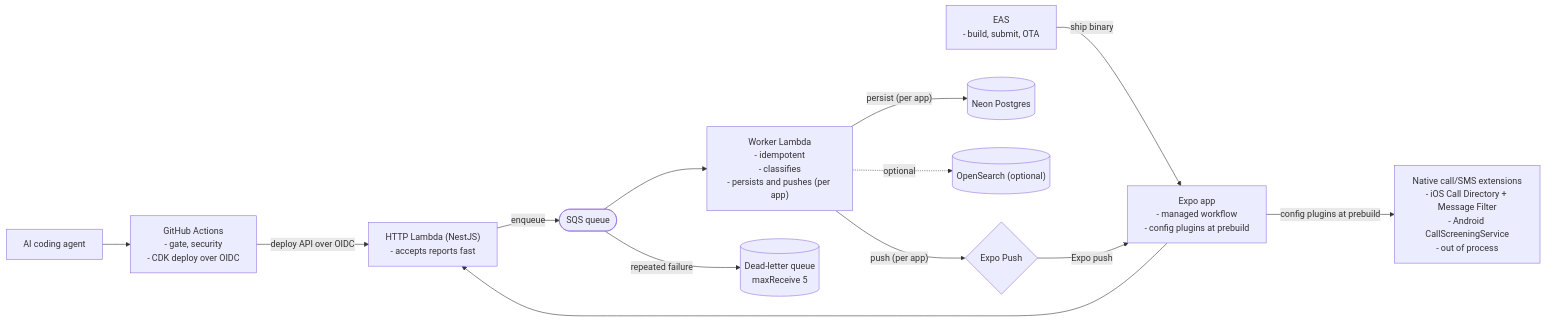
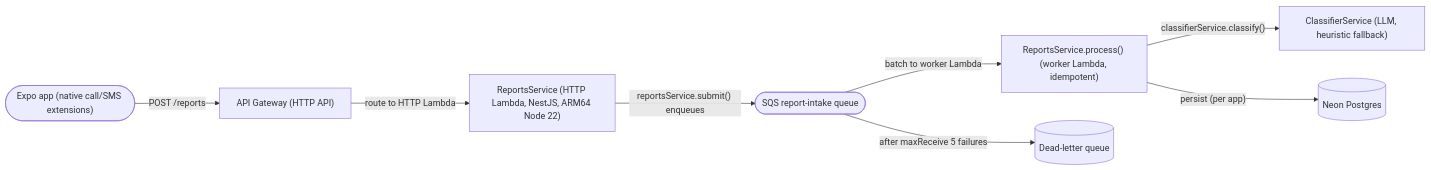
One commit to elleskay/mobile-platform changed the fifth of 5 diagrams in README.md. Above: the diagram before and after it, drawn with Mermaid. The commit also changed other lines of this file and 66 other files, not shown here.

````diff
--- a/README.md
+++ b/README.md
@@ -281,27 +282,10 @@
 ```mermaid
 flowchart LR
-  Agent["AI coding agent"]
-  GH["GitHub Actions<br/>- gate, security<br/>- CDK deploy over OIDC"]
-  EAS["EAS<br/>- build, submit, OTA"]
-  App["Expo app<br/>- managed workflow<br/>- config plugins at prebuild"]
-  Native["Native call/SMS extensions<br/>- iOS Call Directory + Message Filter<br/>- Android CallScreeningService<br/>- out of process"]
-  HTTP["HTTP Lambda (NestJS)<br/>- accepts reports fast"]
-  Worker["Worker Lambda<br/>- idempotent<br/>- classifies<br/>- persists and pushes (per app)"]
-  SQS(["SQS queue"])
-  DLQ[("Dead-letter queue<br/>maxReceive 5")]
-  Neon[("Neon Postgres")]
-  OS[("OpenSearch (optional)")]
-  Push{"Expo Push"}
-  Agent --> GH
-  GH -->|"deploy API over OIDC"| HTTP
-  EAS -->|"ship binary"| App
-  App -->|"config plugins at prebuild"| Native
-  App --> HTTP
-  HTTP -->|enqueue| SQS
-  SQS --> Worker
-  SQS -->|"repeated failure"| DLQ
-  Worker -->|"persist (per app)"| Neon
-  Worker -.optional.-> OS
-  Worker -->|"push (per app)"| Push
-  Push -->|"Expo push"| App
+  App(["Expo app (native call/SMS extensions)"]) -->|"POST /reports"| APIGW["API Gateway (HTTP API)"]
+  APIGW -->|"route to HTTP Lambda"| Reports["ReportsService (HTTP Lambda, NestJS, ARM64 Node 22)"]
+  Reports -->|"reportsService.submit() enqueues"| SQS(["SQS report-intake queue"])
+  SQS -->|"batch to worker Lambda"| Worker["ReportsService.process() (worker Lambda, idempotent)"]
+  SQS -->|"after maxReceive 5 failures"| DLQ[("Dead-letter queue")]
+  Worker -->|"classifierService.classify()"| Classifier["ClassifierService (LLM, heuristic fallback)"]
+  Worker -->|"persist (per app)"| Neon[("Neon Postgres")]
 ```
````
